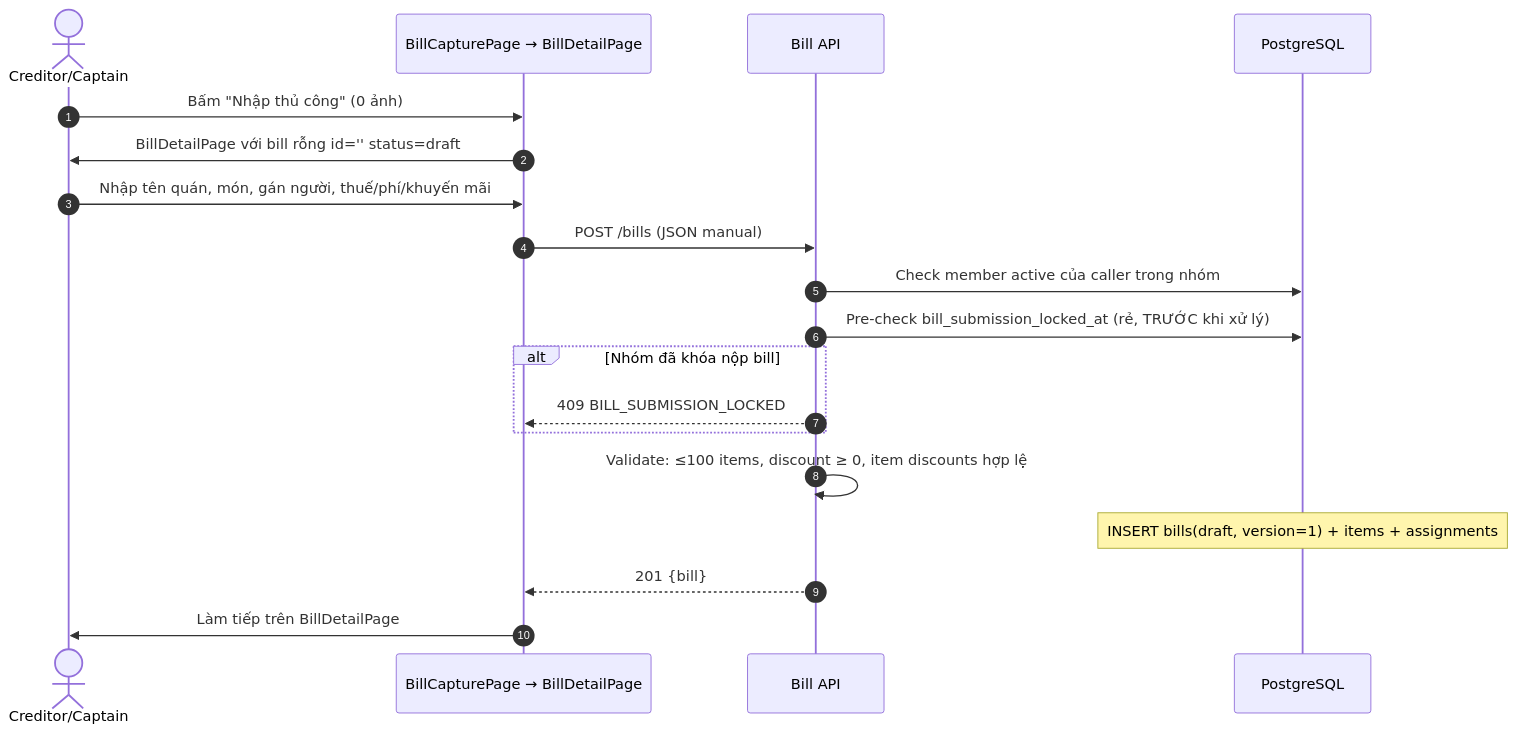
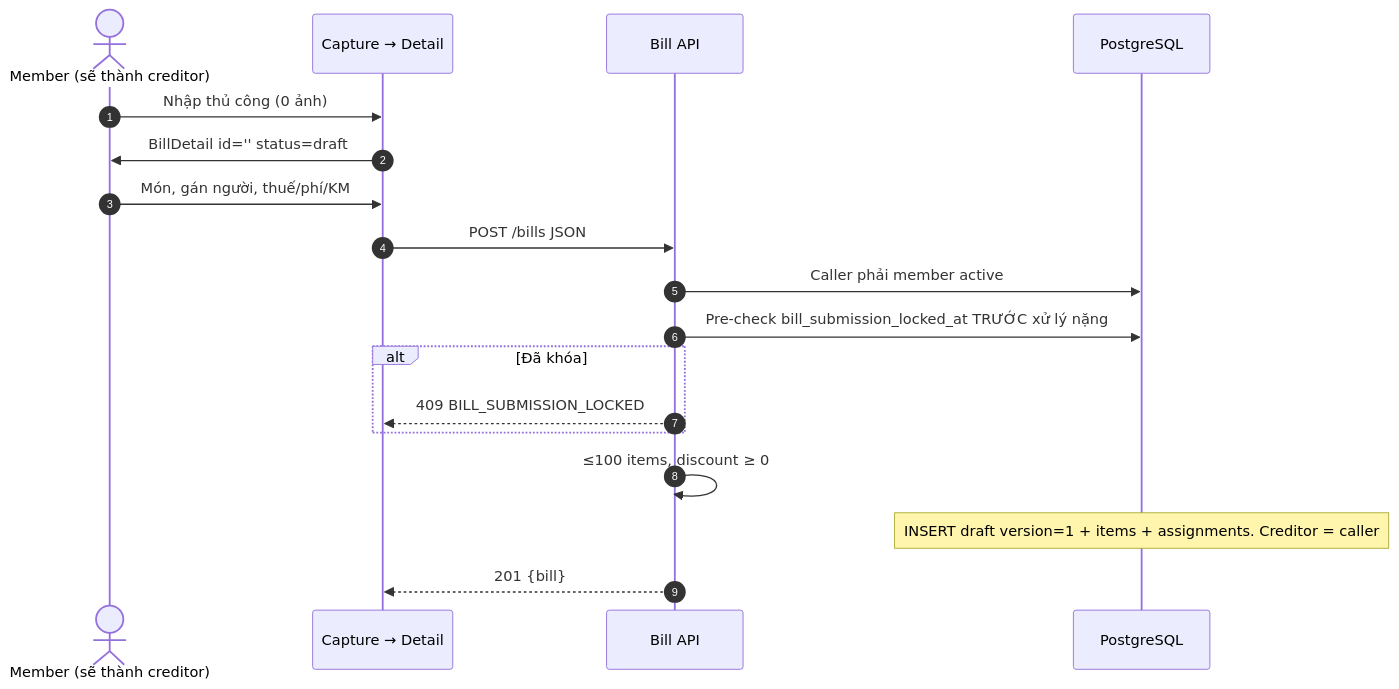
The third of 9 diagrams in flow/03-bill.md (FintechVSF-Tranning/PaySplit-RP), drawn with Mermaid before and after one commit. The commit also changed other lines of this file and 8 other files, not shown here.

````diff
--- a/flow/03-bill.md
+++ b/flow/03-bill.md
@@ -91,22 +134,21 @@
 ```mermaid
 sequenceDiagram
     autonumber
-    actor U as Creditor/Captain
-    participant FE as BillCapturePage → BillDetailPage
+    actor U as Member (sẽ thành creditor)
+    participant FE as Capture → Detail
     participant BE as Bill API
     participant DB as PostgreSQL
 
-    U->>FE: Bấm "Nhập thủ công" (0 ảnh)
-    FE->>U: BillDetailPage với bill rỗng id='' status=draft
-    U->>FE: Nhập tên quán, món, gán người, thuế/phí/khuyến mãi
-    FE->>BE: POST /bills (JSON manual)
-    BE->>DB: Check member active của caller trong nhóm
-    BE->>DB: Pre-check bill_submission_locked_at (rẻ, TRƯỚC khi xử lý)
-    alt Nhóm đã khóa nộp bill
+    U->>FE: Nhập thủ công (0 ảnh)
+    FE->>U: BillDetail id='' status=draft
+    U->>FE: Món, gán người, thuế/phí/KM
+    FE->>BE: POST /bills JSON
+    BE->>DB: Caller phải member active
+    BE->>DB: Pre-check bill_submission_locked_at TRƯỚC xử lý nặng
+    alt Đã khóa
         BE-->>FE: 409 BILL_SUBMISSION_LOCKED
     end
-    BE->>BE: Validate: ≤100 items, discount ≥ 0, item discounts hợp lệ
-    Note over DB: INSERT bills(draft, version=1) + items + assignments
+    BE->>BE: ≤100 items, discount ≥ 0
+    Note over DB: INSERT draft version=1 + items + assignments. Creditor = caller
     BE-->>FE: 201 {bill}
-    FE->>U: Làm tiếp trên BillDetailPage
 ```
````
